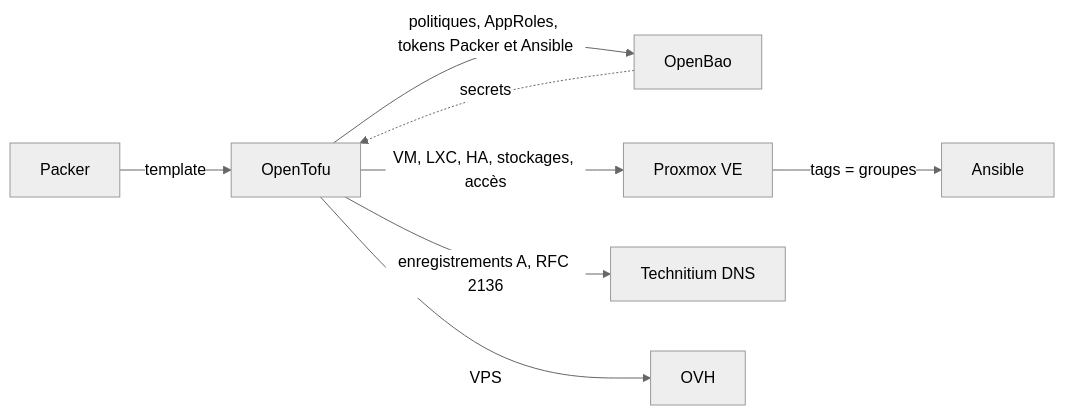
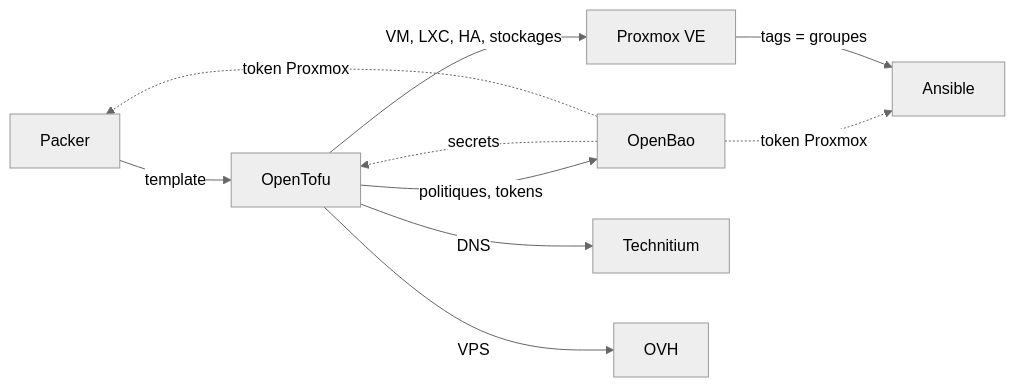
The diagram in README.md (atilili-homelab/opentofu), drawn with Mermaid (neutral theme) before and after one commit. The commit also changed other lines of this file, not shown here.

````diff
--- a/README.md
+++ b/README.md
@@ -26,10 +26,12 @@
 ```mermaid
 flowchart LR
     packer[Packer] -->|template| tofu[OpenTofu]
     bao[OpenBao] -.->|secrets| tofu
-    tofu -->|politiques, AppRoles, tokens Packer et Ansible| bao
-    tofu -->|VM, LXC, HA, stockages, accès| pve[Proxmox VE]
-    tofu -->|enregistrements A, RFC 2136| dns[Technitium DNS]
+    tofu -->|politiques, tokens| bao
+    bao -.->|token Proxmox| packer
+    bao -.->|token Proxmox| ansible
+    tofu -->|VM, LXC, HA, stockages| pve[Proxmox VE]
+    tofu -->|DNS| dns[Technitium]
     tofu -->|VPS| ovh[OVH]
     pve -->|tags = groupes| ansible[Ansible]
 ```
````
